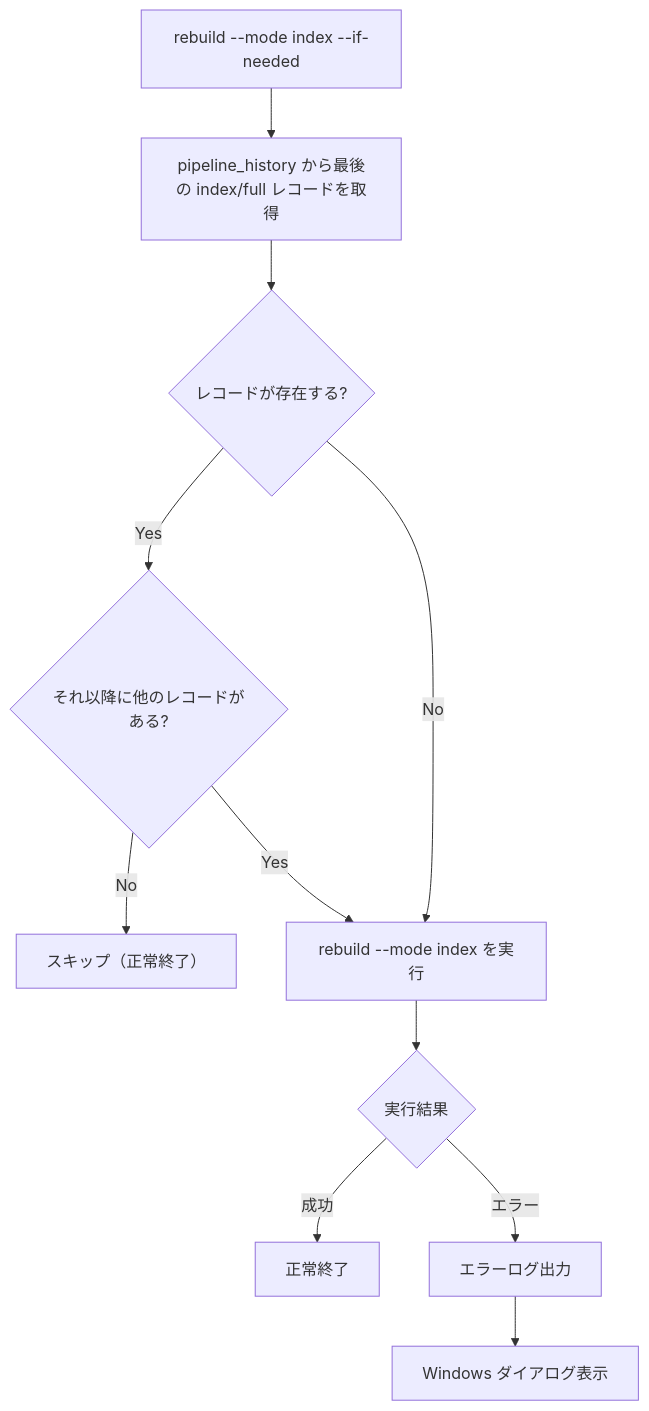
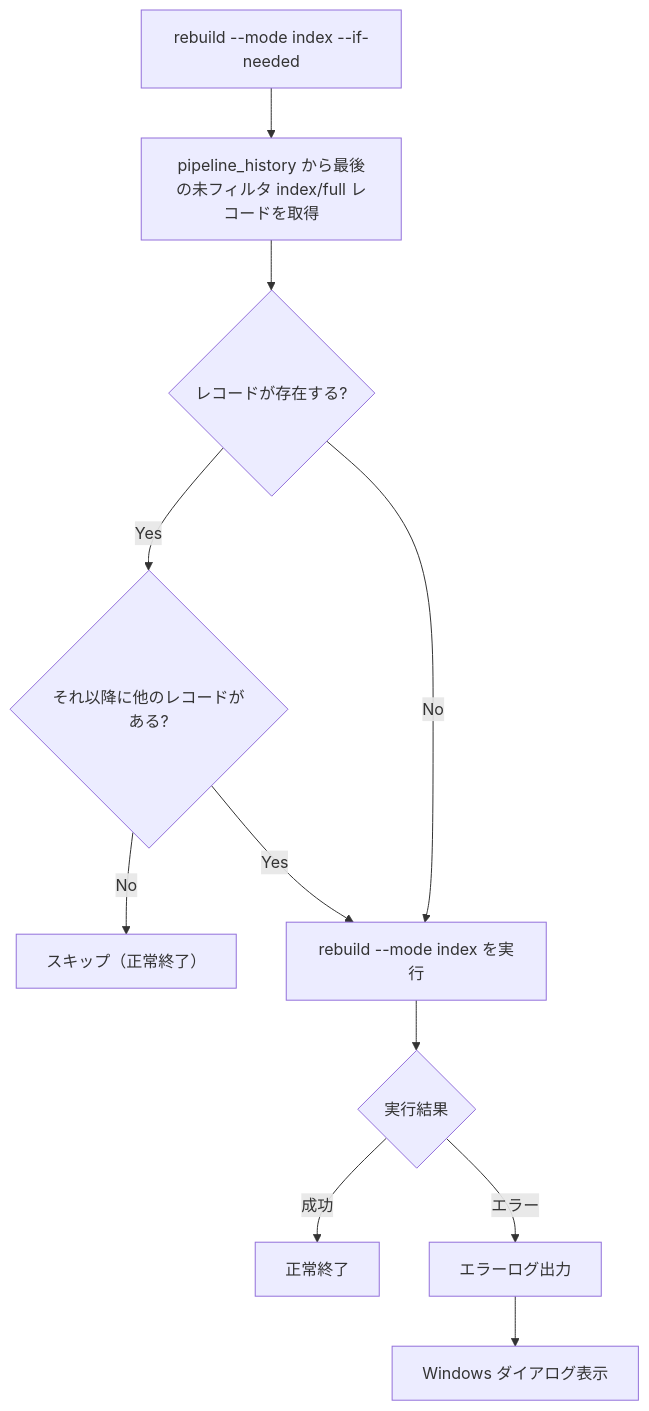
The diagram in docs/specs/infrastructure/scheduled-rebuild.md (becky3/rag-knowledge), drawn with Mermaid before and after one commit. The commit also changed other lines of this file and 22 other files, not shown here.

````diff
--- a/docs/specs/infrastructure/scheduled-rebuild.md
+++ b/docs/specs/infrastructure/scheduled-rebuild.md
@@ -90,24 +92,24 @@
 ```mermaid
 flowchart TD
     START["rebuild --mode index --if-needed"]
-    GET_LAST["pipeline_history から最後の index/full レコードを取得"]
+    GET_LAST["pipeline_history から最後の未フィルタ index/full レコードを取得"]
     CHECK_EXIST{"レコードが存在する?"}
     CHECK_NEWER{"それ以降に他のレコードがある?"}
     SKIP["スキップ（正常終了）"]
     EXEC["rebuild --mode index を実行"]
     RESULT{"実行結果"}
     SUCCESS["正常終了"]
     ERROR_LOG["エラーログ出力"]
     ERROR_DIALOG["Windows ダイアログ表示"]
 
     START --> GET_LAST
     GET_LAST --> CHECK_EXIST
     CHECK_EXIST -- No --> EXEC
     CHECK_EXIST -- Yes --> CHECK_NEWER
     CHECK_NEWER -- No --> SKIP
     CHECK_NEWER -- Yes --> EXEC
     EXEC --> RESULT
     RESULT -- 成功 --> SUCCESS
     RESULT -- エラー --> ERROR_LOG
     ERROR_LOG --> ERROR_DIALOG
 ```
````
